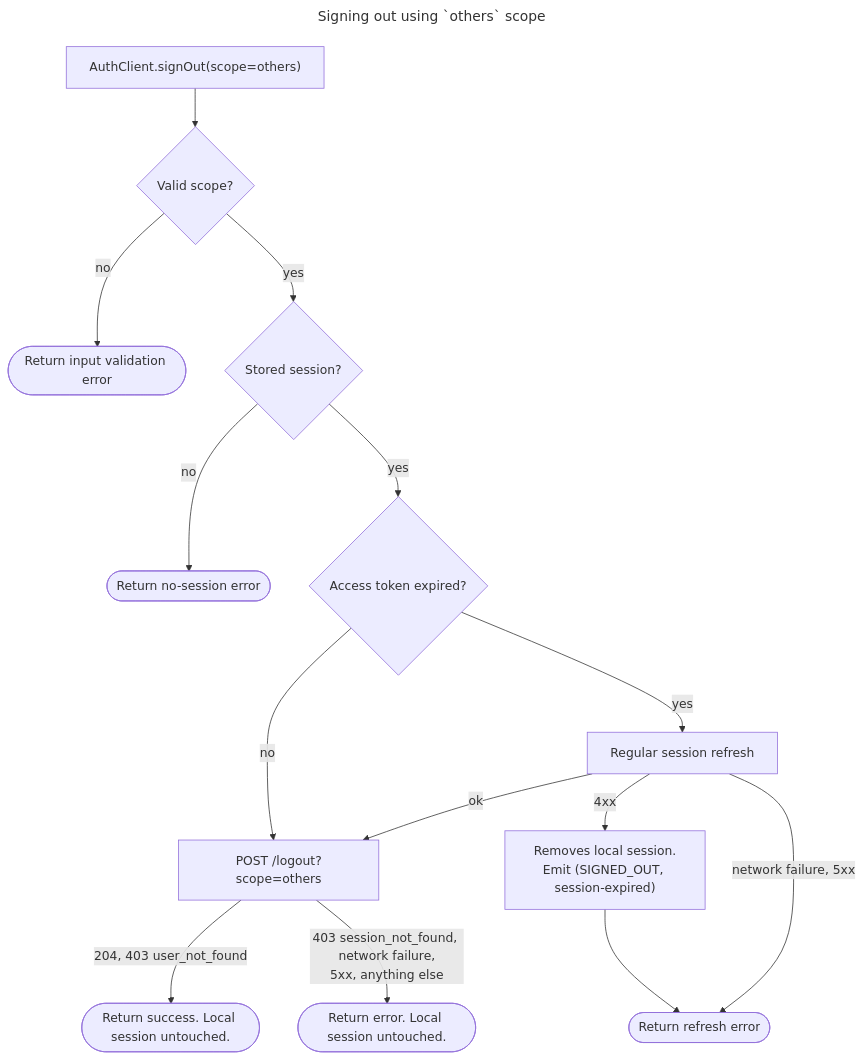
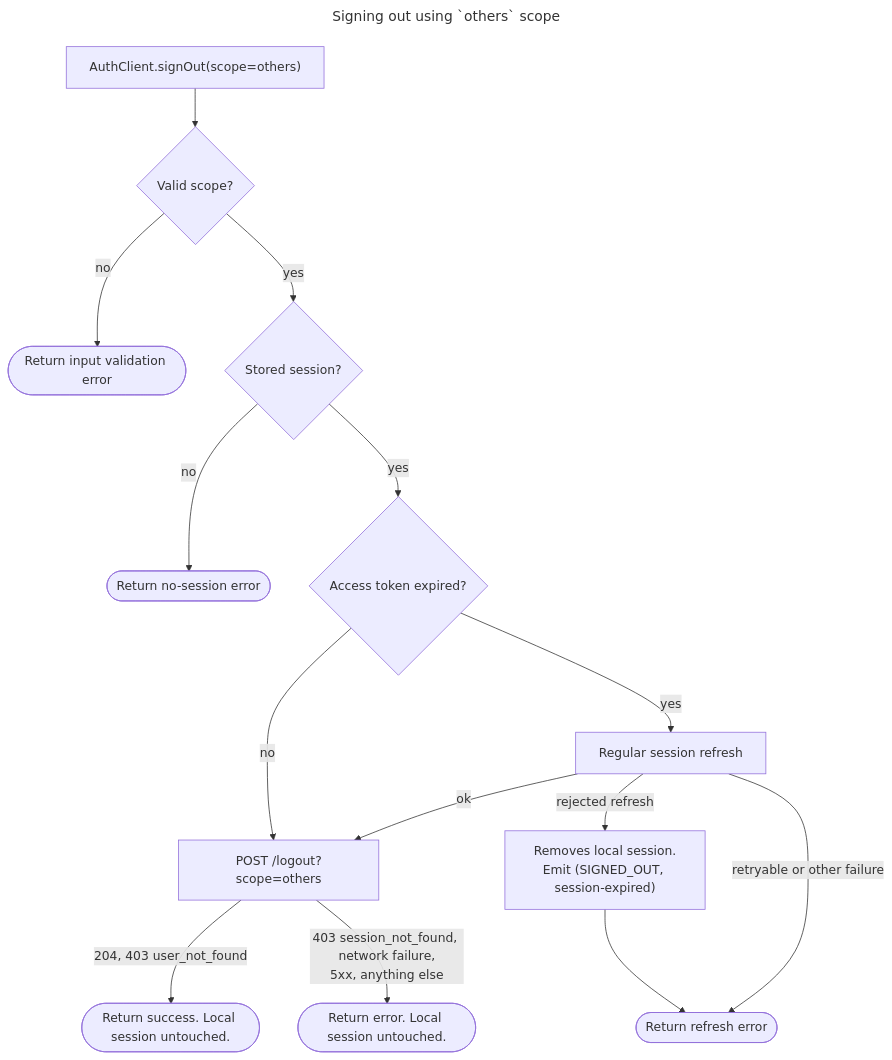
The third of 3 diagrams in packages/capability-matrix/specs/auth/session/sign_out.md (supabase/sdk), drawn with Mermaid before and after one commit. The commit also changed other lines of this file and 10 other files, not shown here.

````diff
--- a/packages/capability-matrix/specs/auth/session/sign_out.md
+++ b/packages/capability-matrix/specs/auth/session/sign_out.md
@@ -205,19 +206,19 @@
 ```mermaid
 ---
 title: Signing out using `others` scope
 ---
 flowchart TB
     A["AuthClient.signOut(scope=others)"] --> V{"Valid scope?"}
     V -- no --> EV(["Return input validation error"])
     V -- yes --> S{"Stored session?"}
     S -- no --> ENS(["Return no-session error"])
     S -- yes --> X{"Access token expired?"}
     X -- no --> L["POST /logout?scope=others"]
     X -- yes --> RF["Regular session refresh"]
     RF -- ok --> L
-    RF -- 4xx --> RX["Removes local session.<br>Emit (SIGNED_OUT, session-expired)"]
+    RF -- rejected refresh --> RX["Removes local session.<br>Emit (SIGNED_OUT, session-expired)"]
     RX --> ER(["Return refresh error"])
-    RF -- network failure, 5xx --> ER
+    RF -- retryable or other failure --> ER
     L -- 204, 403 user_not_found --> OK(["Return success. Local session untouched."])
     L -- 403 session_not_found, network failure,<br>5xx, anything else --> E(["Return error. Local session untouched."])
 ```
````
